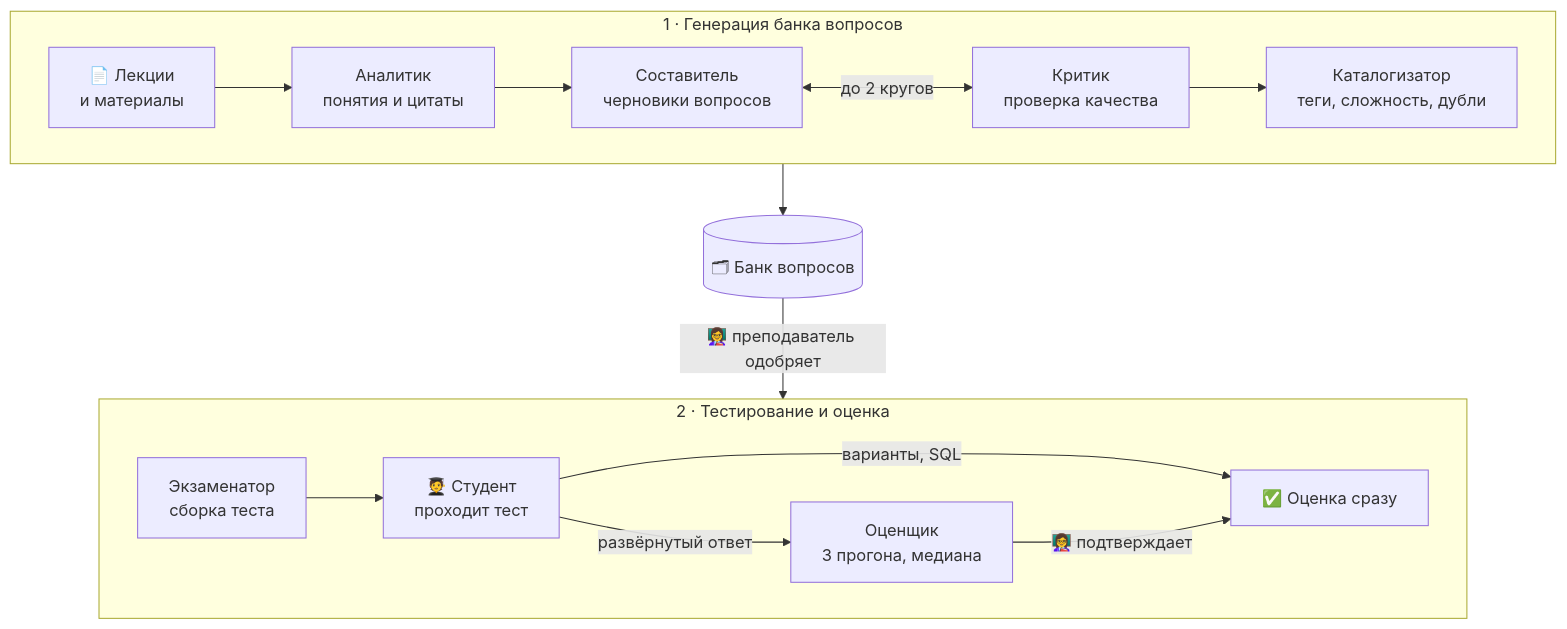
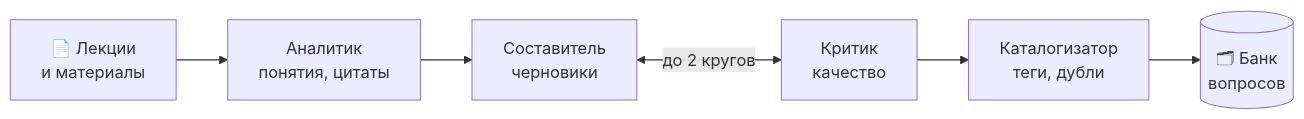
Before and after one commit to Kykylllka01/ptp_diploma: the first of 2 diagrams in README.md, drawn with Mermaid. The commit also changed other lines of this file, not shown here.

Commit message:
docs: split pipeline into two horizontal diagrams

````diff
--- a/README.md
+++ b/README.md
@@ -73,21 +75,8 @@
 ```mermaid
-flowchart TB
-    subgraph GEN["1 · Генерация банка вопросов"]
-        direction LR
-        M["📄 Лекции<br/>и материалы"] --> A["Аналитик<br/>понятия и цитаты"]
-        A --> W["Составитель<br/>черновики вопросов"]
-        W <-->|"до 2 кругов"| C["Критик<br/>проверка качества"]
-        C --> K["Каталогизатор<br/>теги, сложность, дубли"]
-    end
-
-    GEN --> B[("🗂 Банк вопросов")]
-    B -->|"👩‍🏫 преподаватель одобряет"| RUN
-
-    subgraph RUN["2 · Тестирование и оценка"]
-        direction LR
-        T["Экзаменатор<br/>сборка теста"] --> S["🧑‍🎓 Студент<br/>проходит тест"]
-        S -->|"варианты, SQL"| F["✅ Оценка сразу"]
-        S -->|"развёрнутый ответ"| O["Оценщик<br/>3 прогона, медиана"]
-        O -->|"👩‍🏫 подтверждает"| F
-    end
+flowchart LR
+    M["📄 Лекции<br/>и материалы"] --> A["Аналитик<br/>понятия, цитаты"]
+    A --> W["Составитель<br/>черновики"]
+    W <-->|"до 2 кругов"| C["Критик<br/>качество"]
+    C --> K["Каталогизатор<br/>теги, дубли"]
+    K --> B[("🗂 Банк<br/>вопросов")]
 ```
````
